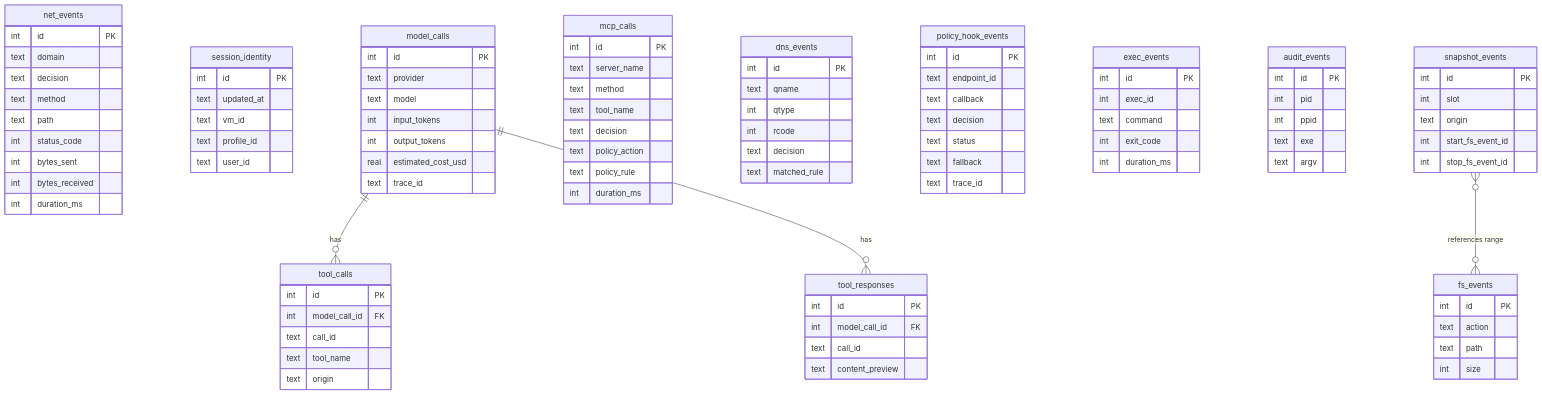
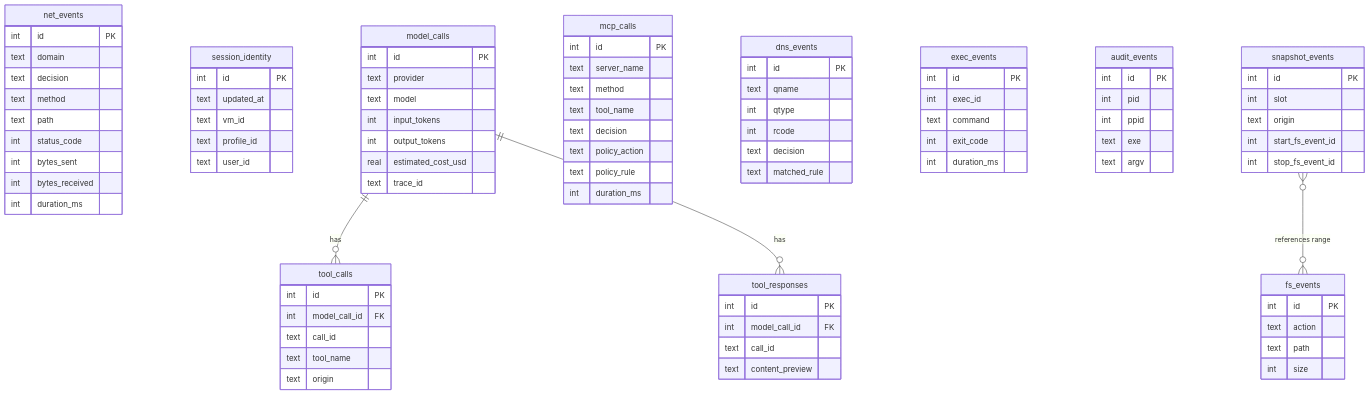
The first of 3 diagrams in docs/src/content/docs/architecture/session-telemetry.md (google/capsem), drawn with Mermaid before and after one commit. The commit also changed other lines of this file and 60 other files, not shown here.

```diff
--- a/docs/src/content/docs/architecture/session-telemetry.md
+++ b/docs/src/content/docs/architecture/session-telemetry.md
@@ -74,15 +74,6 @@
         text decision
         text matched_rule
     }
-    policy_hook_events {
-        int id PK
-        text endpoint_id
-        text callback
-        text decision
-        text status
-        text fallback
-        text trace_id
-    }
     exec_events {
         int id PK
         int exec_id
```
